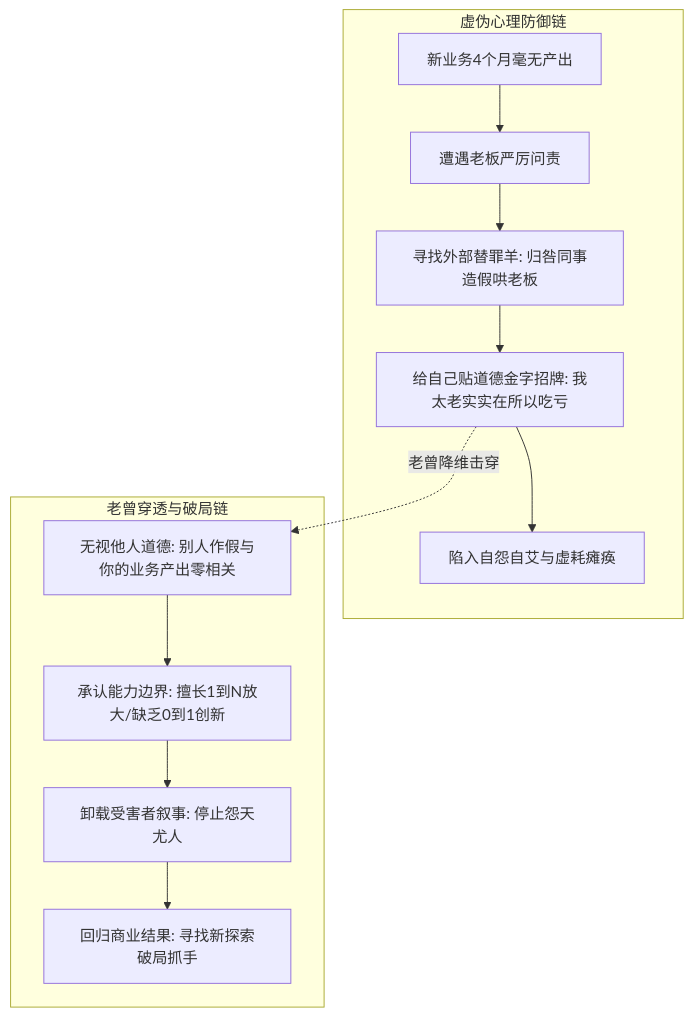
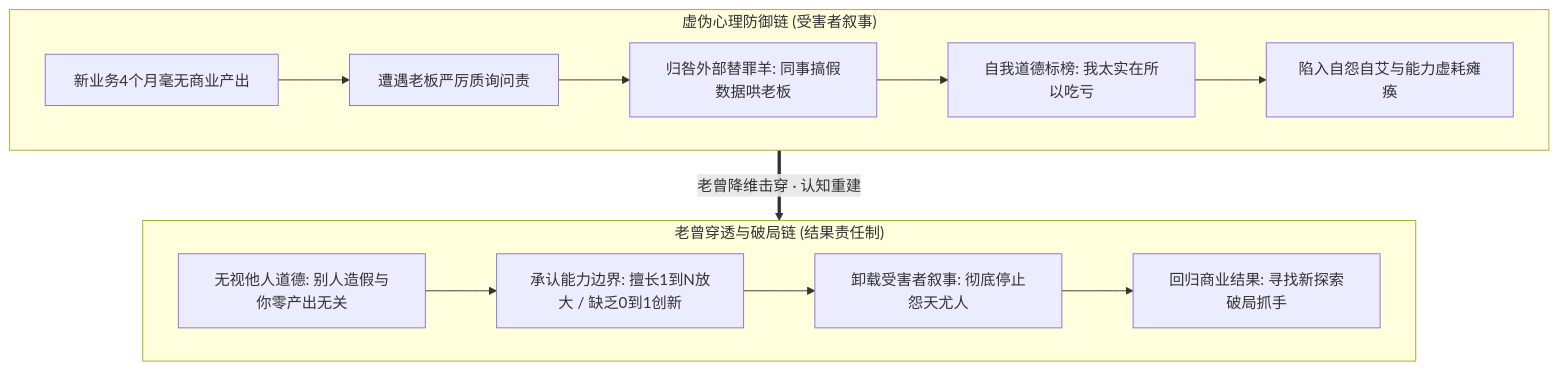
One commit to dollarser/knowledge changed the first of 2 diagrams in content/live-20260929-laozeng-01.md. Above: the diagram before and after it, drawn with Mermaid. The commit also changed other lines of this file and 10 other files, not shown here.

Commit message:
style: verticalize all mermaid diagrams and add mindmap architecture

````diff
--- a/content/live-20260929-laozeng-01.md
+++ b/content/live-20260929-laozeng-01.md
@@ -35,17 +35,17 @@
 ```mermaid
 flowchart TD
-    subgraph 虚伪心理防御链
-        Trap1[新业务4个月毫无产出] --> Trap2[遭遇老板严厉问责]
-        Trap2 --> Trap3[寻找外部替罪羊: 归咎同事造假哄老板]
-        Trap3 --> Trap4[给自己贴道德金字招牌: 我太老实实在所以吃亏]
-        Trap4 --> Trap5[陷入自怨自艾与虚耗瘫痪]
+    subgraph Trap["虚伪心理防御链 (受害者叙事)"]
+        Trap1["新业务4个月毫无商业产出"] --> Trap2["遭遇老板严厉质询问责"]
+        Trap2 --> Trap3["归咎外部替罪羊: 同事搞假数据哄老板"]
+        Trap3 --> Trap4["自我道德标榜: 我太实在所以吃亏"]
+        Trap4 --> Trap5["陷入自怨自艾与能力虚耗瘫痪"]
     end
     
-    subgraph 老曾穿透与破局链
-        Truth1[无视他人道德: 别人作假与你的业务产出零相关] --> Truth2[承认能力边界: 擅长1到N放大/缺乏0到1创新]
-        Truth2 --> Truth3[卸载受害者叙事: 停止怨天尤人]
-        Truth3 --> Truth4[回归商业结果: 寻找新探索破局抓手]
+    subgraph Truth["老曾穿透与破局链 (结果责任制)"]
+        Truth1["无视他人道德: 别人造假与你零产出无关"] --> Truth2["承认能力边界: 擅长1到N放大 / 缺乏0到1创新"]
+        Truth2 --> Truth3["卸载受害者叙事: 彻底停止怨天尤人"]
+        Truth3 --> Truth4["回归商业结果: 寻找新探索破局抓手"]
     end
     
-    Trap4 -.->|老曾降维击穿| Truth1
+    Trap ==>|老曾降维击穿 · 认知重建| Truth
 ```
````
